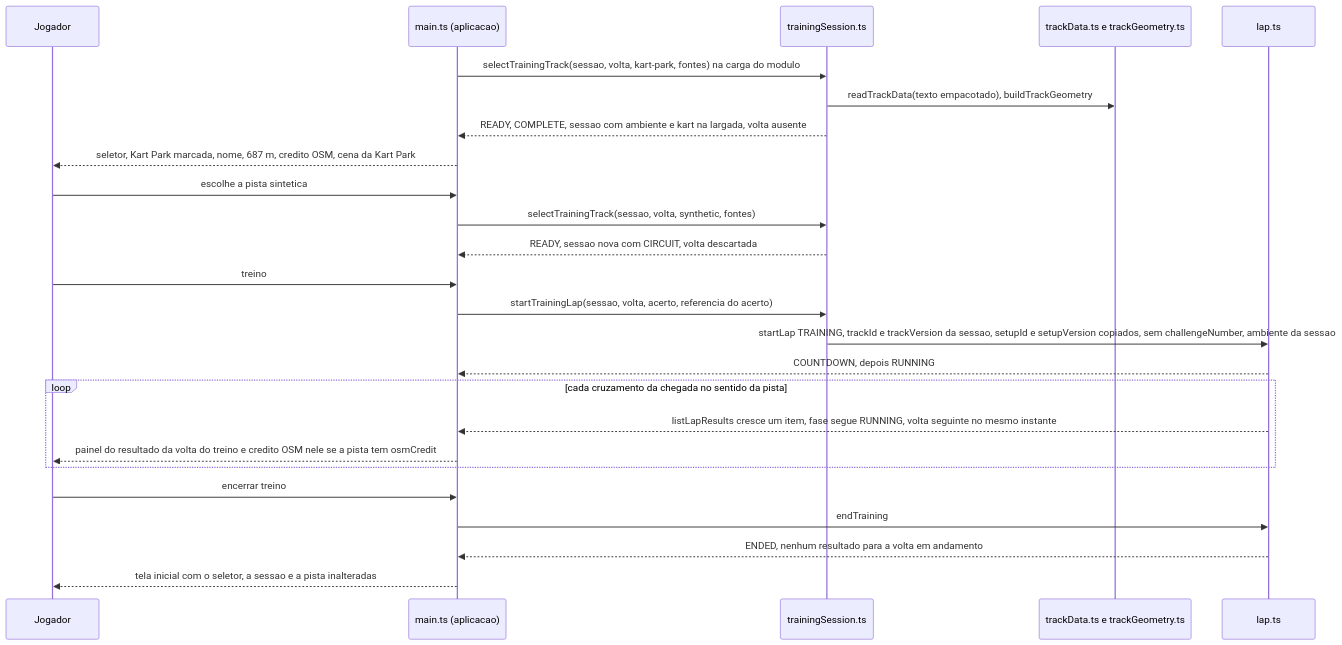
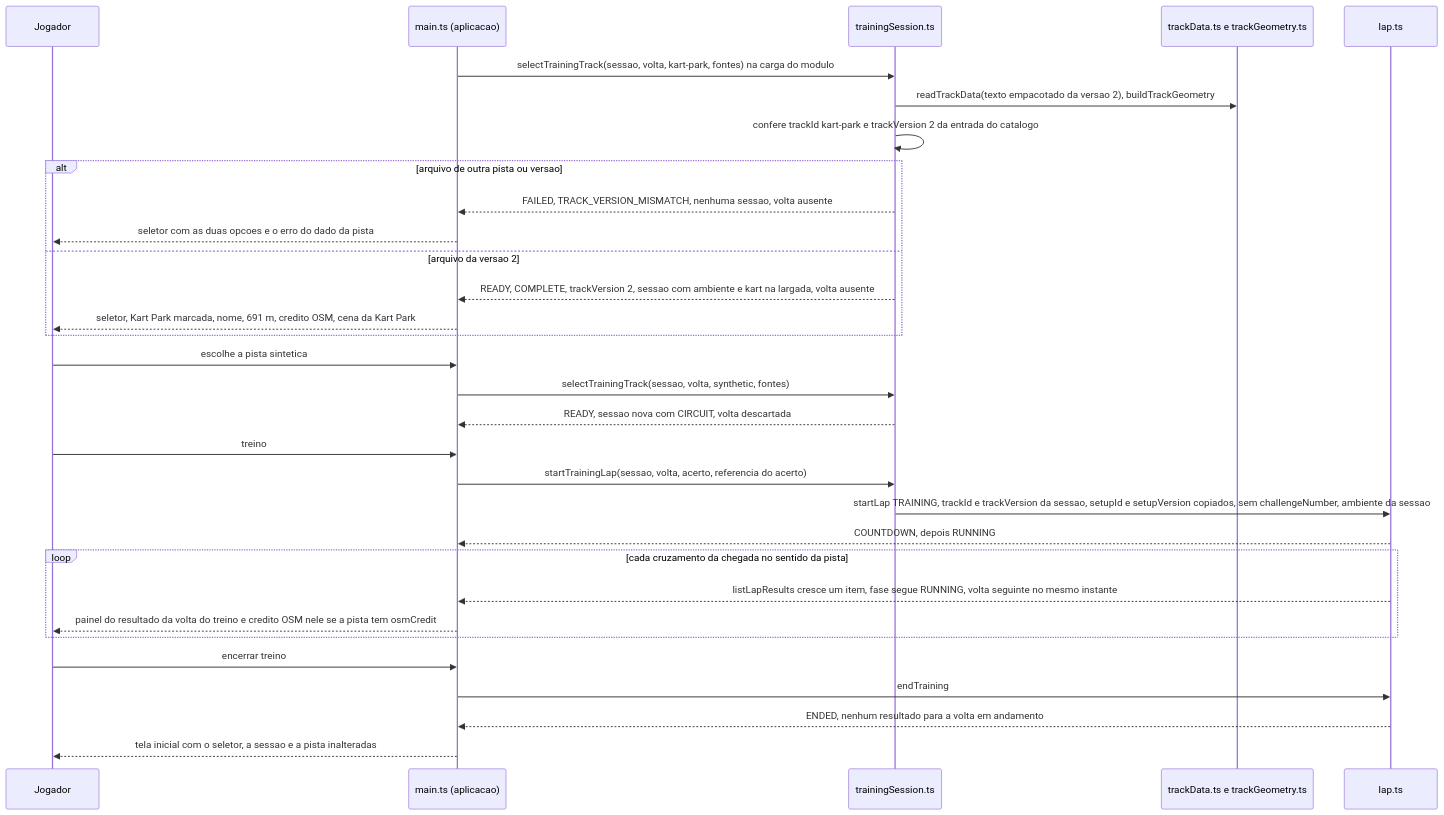
Before and after one commit to edumatosr6-svg/kartle-staging: the first of 3 diagrams in 300 Specs/330 D-Specs/Output/pista-kart-park/01-architecture.md, drawn with Mermaid. The commit also changed other lines of this file and 29 other files, not shown here.

Commit message:
pista-kart-park: dspec da revisão 3 (ADR-0008 kart-park v2 a partir da réplica) — dspec-validation 20261106-1836 SUCCESS (rodada 1828 FAIL corrigida no modo B)

````diff
--- a/300 Specs/330 D-Specs/Output/pista-kart-park/01-architecture.md
+++ b/300 Specs/330 D-Specs/Output/pista-kart-park/01-architecture.md
@@ -106,27 +114,33 @@
 ```mermaid
 sequenceDiagram
     participant J as Jogador
     participant M as main.ts (aplicacao)
     participant T as trainingSession.ts
     participant D as trackData.ts e trackGeometry.ts
     participant L as lap.ts
     M->>T: selectTrainingTrack(sessao, volta, kart-park, fontes) na carga do modulo
-    T->>D: readTrackData(texto empacotado), buildTrackGeometry
-    T-->>M: READY, COMPLETE, sessao com ambiente e kart na largada, volta ausente
-    M-->>J: seletor, Kart Park marcada, nome, 687 m, credito OSM, cena da Kart Park
+    T->>D: readTrackData(texto empacotado da versao 2), buildTrackGeometry
+    T->>T: confere trackId kart-park e trackVersion 2 da entrada do catalogo
+    alt arquivo de outra pista ou versao
+        T-->>M: FAILED, TRACK_VERSION_MISMATCH, nenhuma sessao, volta ausente
+        M-->>J: seletor com as duas opcoes e o erro do dado da pista
+    else arquivo da versao 2
+        T-->>M: READY, COMPLETE, trackVersion 2, sessao com ambiente e kart na largada, volta ausente
+        M-->>J: seletor, Kart Park marcada, nome, 691 m, credito OSM, cena da Kart Park
+    end
     J->>M: escolhe a pista sintetica
     M->>T: selectTrainingTrack(sessao, volta, synthetic, fontes)
     T-->>M: READY, sessao nova com CIRCUIT, volta descartada
     J->>M: treino
     M->>T: startTrainingLap(sessao, volta, acerto, referencia do acerto)
     T->>L: startLap TRAINING, trackId e trackVersion da sessao, setupId e setupVersion copiados, sem challengeNumber, ambiente da sessao
     L-->>M: COUNTDOWN, depois RUNNING
     loop cada cruzamento da chegada no sentido da pista
         L-->>M: listLapResults cresce um item, fase segue RUNNING, volta seguinte no mesmo instante
         M-->>J: painel do resultado da volta do treino e credito OSM nele se a pista tem osmCredit
     end
     J->>M: encerrar treino
     M->>L: endTraining
     L-->>M: ENDED, nenhum resultado para a volta em andamento
     M-->>J: tela inicial com o seletor, a sessao e a pista inalteradas
 ```
````
